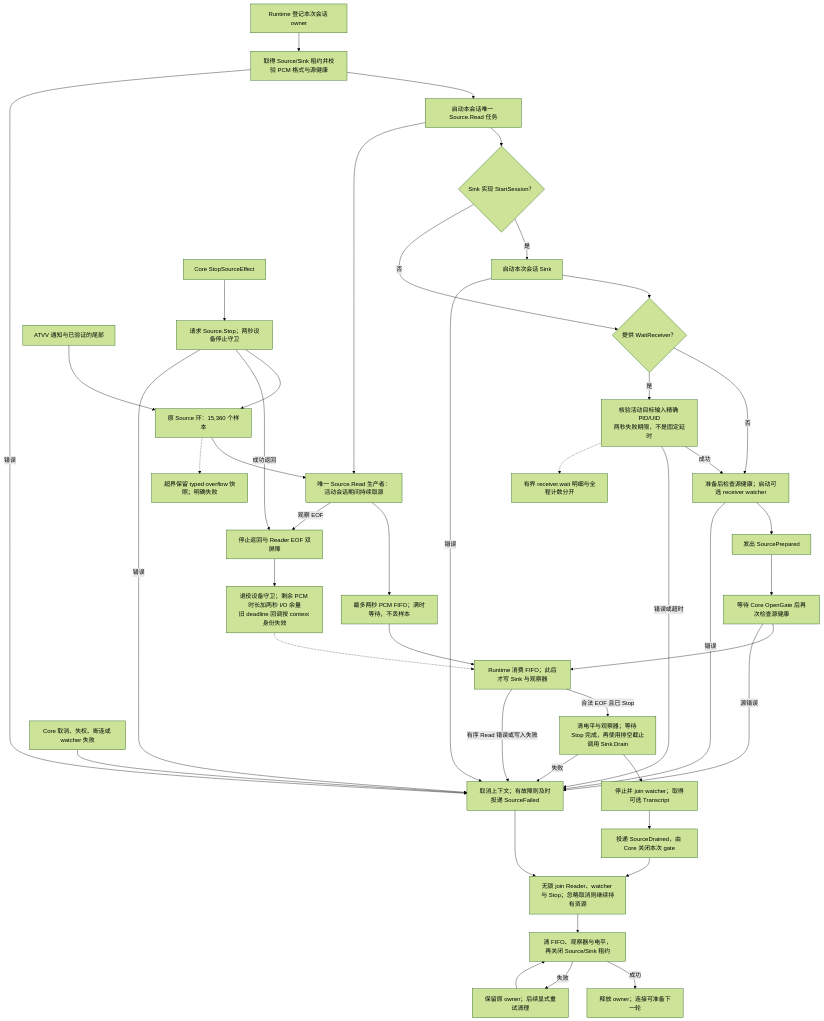
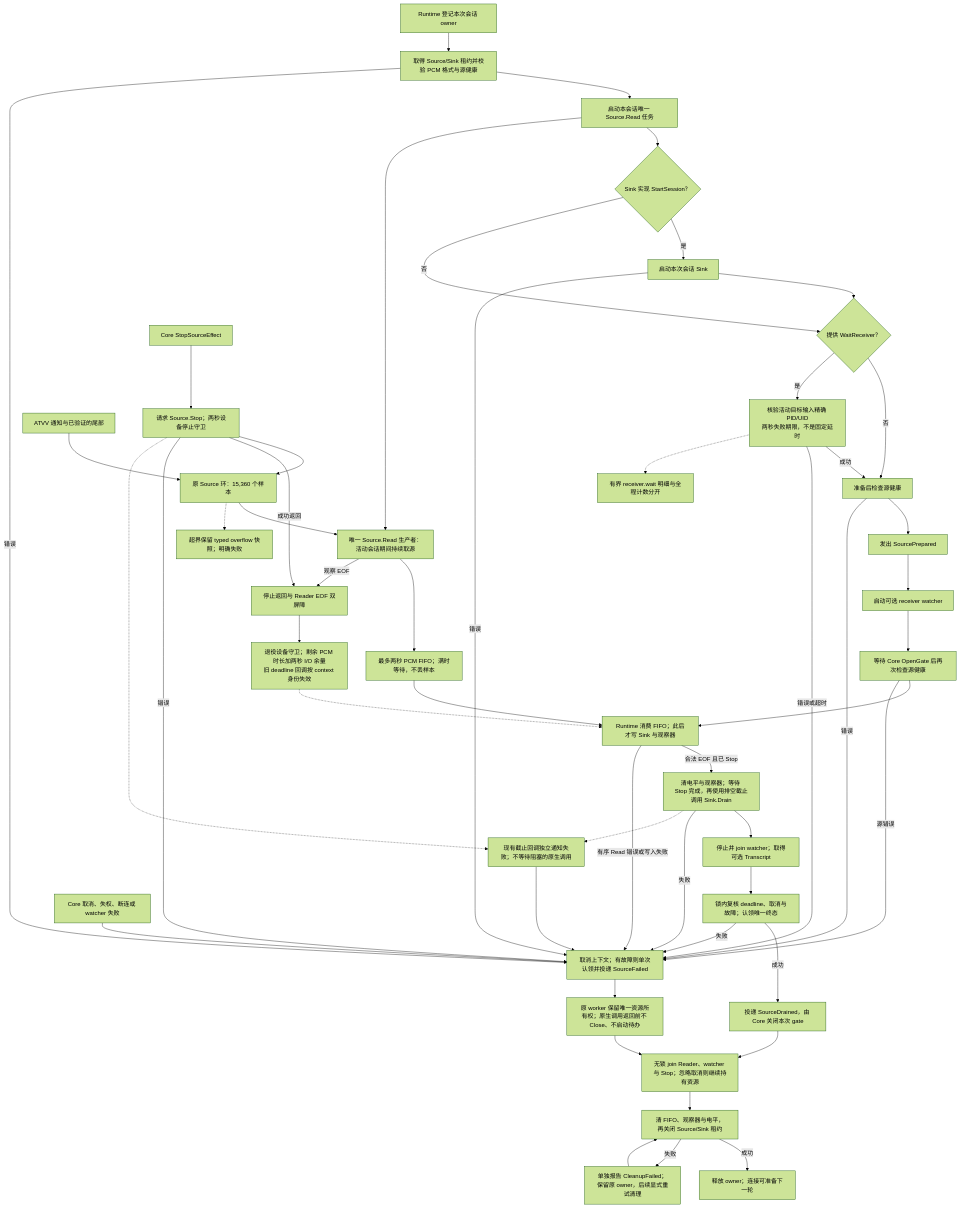
The diagram in tools/workbench/diagrams/resource-preparation-cleanup.mmd (daftAI2026/MiMac), drawn with Mermaid (forest theme) before and after one commit. The commit also changed 3 other files, not shown here.

Commit message:
fix(audio): notify terminal failure while native drain stays owned

```diff
--- a/tools/workbench/diagrams/resource-preparation-cleanup.mmd
+++ b/tools/workbench/diagrams/resource-preparation-cleanup.mmd
@@ -1,45 +1,52 @@
 flowchart TD
     owner["Runtime 登记本次会话 owner"] --> prepare["取得 Source/Sink 租约并校验 PCM 格式与源健康"]
     prepare --> readerStart["启动本会话唯一 Source.Read 任务"]
     readerStart --> sessionSink{"Sink 实现 StartSession？"}
     sessionSink -->|是| startSink["启动本次会话 Sink"]
     sessionSink -->|否| receiverCheck
     startSink --> receiverCheck{"提供 WaitReceiver？"}
     receiverCheck -->|否| healthAfter
     receiverCheck -->|是| wait["核验活动目标输入精确 PID/UID\n两秒失败期限，不是固定延时"]
-    wait -->|成功| healthAfter["准备后检查源健康；启动可选 receiver watcher"]
+    wait -->|成功| healthAfter["准备后检查源健康"]
     healthAfter --> publish["发出 SourcePrepared"]
-    publish --> gate["等待 Core OpenGate 后再次检查源健康"]
+    publish --> watcher["启动可选 receiver watcher"]
+    watcher --> gate["等待 Core OpenGate 后再次检查源健康"]
     gate --> consumer["Runtime 消费 FIFO；此后才写 Sink 与观察器"]
     atvv["ATVV 通知与已验证的尾部"] --> sourceQueue["原 Source 环：15,360 个样本"]
     sourceQueue --> reader["唯一 Source.Read 生产者：活动会话期间持续取源"]
     readerStart --> reader
     reader --> fifo["最多两秒 PCM FIFO；满时等待，不丢样本"]
     fifo --> consumer
     stop["Core StopSourceEffect"] --> sourceStop["请求 Source.Stop；两秒设备停止守卫"]
     sourceStop --> sourceQueue
     sourceStop -->|成功返回| sourceEnd
     reader -->|观察 EOF| sourceEnd["停止返回与 Reader EOF 双屏障"]
     sourceEnd --> playout["退役设备守卫；剩余 PCM 时长加两秒 I/O 余量
 旧 deadline 回调按 context 身份失效"]
     playout -.-> consumer
     consumer -->|合法 EOF 且已 Stop| drain["清电平与观察器；等待 Stop 完成，再使用排空截止调用 Sink.Drain"]
     drain --> result["停止并 join watcher；取得可选 Transcript"]
-    result --> drained["投递 SourceDrained，由 Core 关闭本次 gate"]
+    result --> claim["锁内复核 deadline、取消与故障；认领唯一终态"]
+    claim -->|成功| drained["投递 SourceDrained，由 Core 关闭本次 gate"]
+    claim -->|失败| fail
     drained --> join
     prepare -->|错误| fail
     startSink -->|错误| fail
     wait -->|错误或超时| fail
     healthAfter -->|错误| fail
     gate -->|源错误| fail
     consumer -->|有序 Read 错误或写入失败| fail
     sourceStop -->|错误| fail
     drain -->|失败| fail
-    cancel["Core 取消、失权、断连或 watcher 失败"] --> fail["取消上下文；有故障则及时投递 SourceFailed"]
-    fail --> join["无锁 join Reader、watcher 与 Stop；忽略取消则继续持有资源"]
+    cancel["Core 取消、失权、断连或 watcher 失败"] --> fail["取消上下文；有故障则单次认领并投递 SourceFailed"]
+    sourceStop -.-> deadline["现有截止回调独立通知失败；不等待阻塞的原生调用"]
+    drain -.-> deadline
+    deadline --> fail
+    fail --> nativeWait["原 worker 保留唯一资源所有权；原生调用返回前不 Close、不启动待办"]
+    nativeWait --> join["无锁 join Reader、watcher 与 Stop；忽略取消则继续持有资源"]
     join --> cleanup["清 FIFO、观察器与电平，再关闭 Source/Sink 租约"]
     cleanup -->|成功| released["释放 owner；连接可准备下一轮"]
-    cleanup -->|失败| retained["保留原 owner；后续显式重试清理"]
+    cleanup -->|失败| retained["单独报告 CleanupFailed；保留原 owner，后续显式重试清理"]
     retained --> cleanup
     sourceQueue -.-> overflow["超界保留 typed overflow 快照；明确失败"]
     wait -.-> trace["有界 receiver.wait 明细与全程计数分开"]
```
